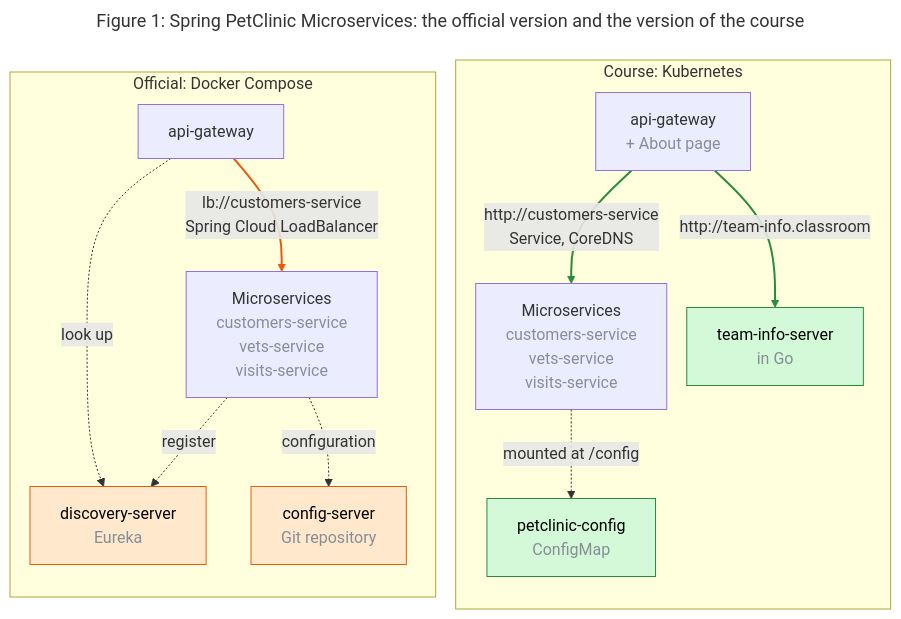
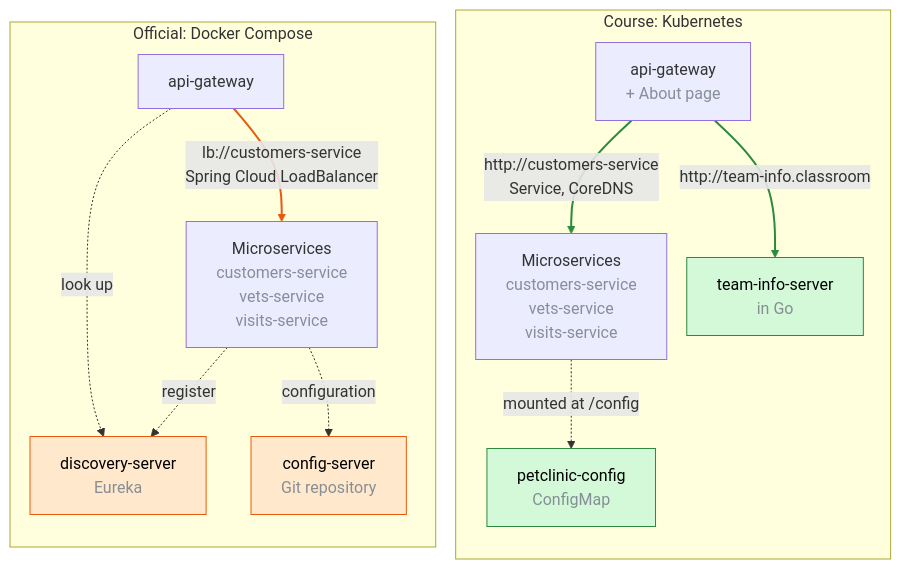
One commit to mincong-h/mincong-h.github.io changed the first of 2 diagrams in _posts/2026-11-08-esigelec-kubernetes-2026.md. Above: the diagram before and after it, drawn with Mermaid. The commit also changed other lines of this file, not shown here.

Commit message:
Move the title of Figure 1 into a caption in the ESIGELEC Kubernetes 2026 Recap

````diff
--- a/_posts/2026-11-08-esigelec-kubernetes-2026.md
+++ b/_posts/2026-11-08-esigelec-kubernetes-2026.md
@@ -96,39 +96,38 @@
 ```mermaid
 ---
-title: "Figure 1: Spring PetClinic Microservices: the official version and the version of the course"
 config:
   flowchart:
     nodeSpacing: 20
     rankSpacing: 40
 ---
 flowchart TB
     subgraph course["Course: Kubernetes"]
         direction TB
         c_gw["api-gateway<br><span style='color:#868e96 !important'>+ About page</span>"]
         c_svc["Microservices<br><span style='color:#868e96 !important'>customers-service<br>vets-service<br>visits-service</span>"]
         c_team["team-info-server<br><span style='color:#868e96 !important'>in Go</span>"]
         c_cm["petclinic-config<br><span style='color:#868e96 !important'>ConfigMap</span>"]
         c_gw -- "http#58;//customers-service<br>Service, CoreDNS" --> c_svc
         c_gw -- "http#58;//team-info.classroom" --> c_team
         c_svc -. "mounted at /config" .-> c_cm
     end
 
     subgraph official["Official: Docker Compose"]
         direction TB
         o_gw["api-gateway"]
         o_svc["Microservices<br><span style='color:#868e96 !important'>customers-service<br>vets-service<br>visits-service</span>"]
         o_disc["discovery-server<br><span style='color:#868e96 !important'>Eureka</span>"]
         o_conf["config-server<br><span style='color:#868e96 !important'>Git repository</span>"]
         o_gw -- "lb://customers-service<br>Spring Cloud LoadBalancer" --> o_svc
         o_gw -. "look up" .-> o_disc
         o_svc -. register .-> o_disc
         o_svc -. configuration .-> o_conf
     end
 
     classDef replaced fill:#ffe8cc,stroke:#e8590c,color:#000
     classDef added fill:#d3f9d8,stroke:#2b8a3e,color:#000
     class o_disc,o_conf replaced
     class c_team,c_cm added
     linkStyle 3 stroke:#e8590c,stroke-width:2px
     linkStyle 0,1 stroke:#2b8a3e,stroke-width:2px
 ```
````
